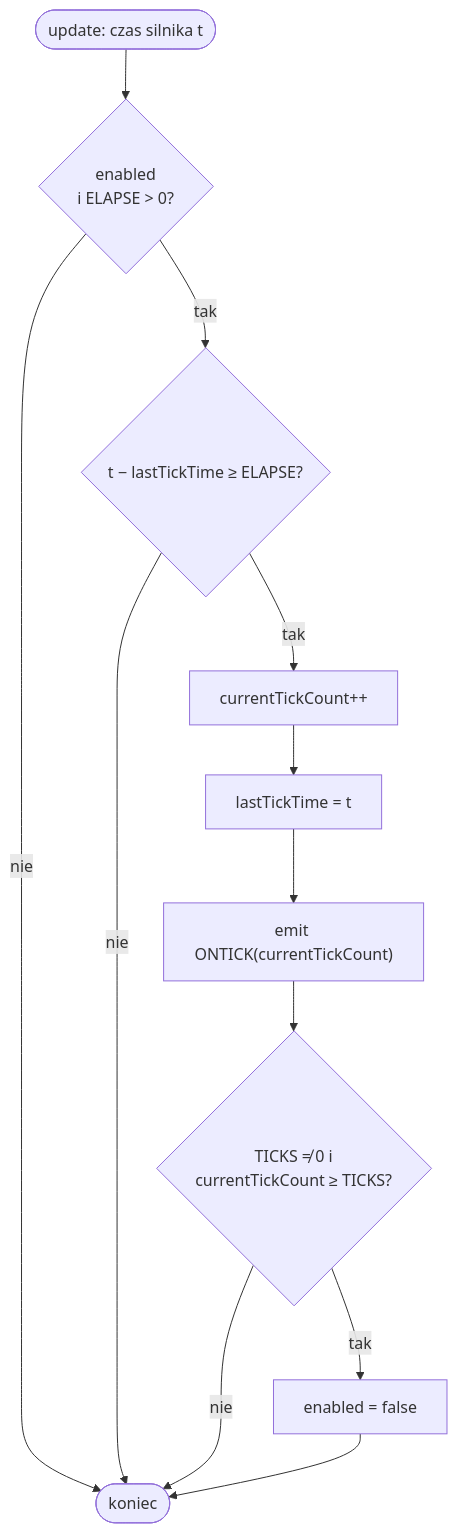
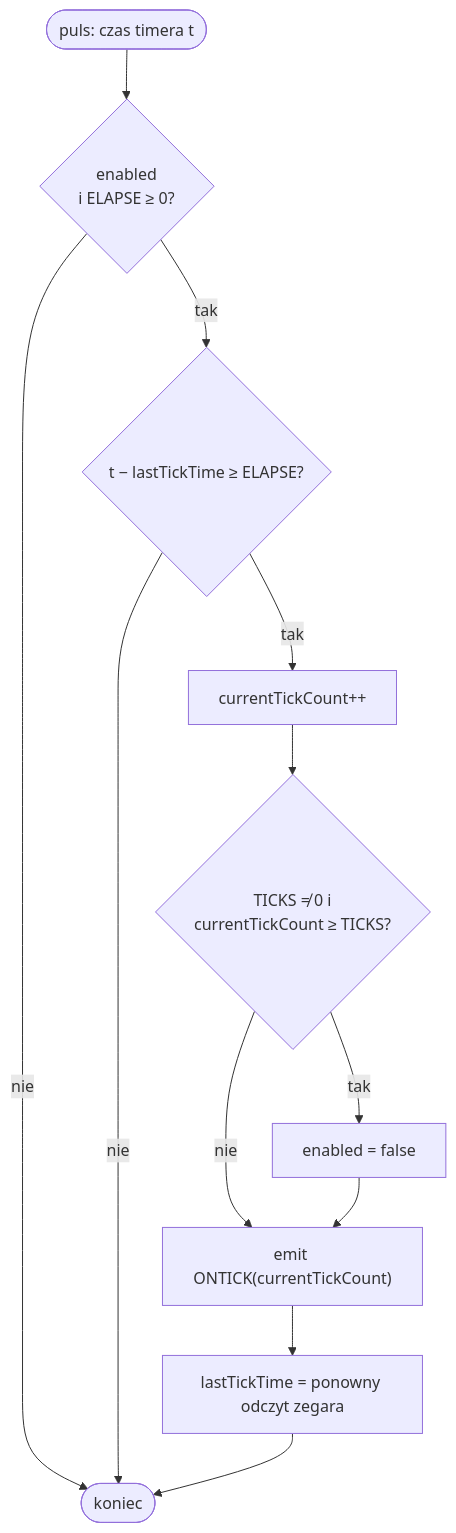
Before and after one commit to patryk025/Rex-EMoolator: the diagram in docs/pl/internals/timers.md, drawn with Mermaid. The commit also changed other lines of this file and 83 other files, not shown here.

````diff
--- a/docs/pl/internals/timers.md
+++ b/docs/pl/internals/timers.md
@@ -29,14 +26,14 @@
 ```mermaid
 flowchart TD
-    A([update: czas silnika t]) --> B{enabled<br/>i ELAPSE > 0?}
+    A([puls: czas timera t]) --> B{enabled<br/>i ELAPSE ≥ 0?}
     B -- nie --> Z([koniec])
     B -- tak --> C{t − lastTickTime ≥ ELAPSE?}
     C -- nie --> Z
     C -- tak --> D[currentTickCount++]
-    D --> E[lastTickTime = t]
-    E --> F["emit ONTICK(currentTickCount)"]
-    F --> G{TICKS ≠ 0 i<br/>currentTickCount ≥ TICKS?}
+    D --> G{TICKS ≠ 0 i<br/>currentTickCount ≥ TICKS?}
     G -- tak --> H[enabled = false]
-    G -- nie --> Z
-    H --> Z
+    G -- nie --> F
+    H --> F["emit ONTICK(currentTickCount)"]
+    F --> E[lastTickTime = ponowny odczyt zegara]
+    E --> Z
 ```
````
